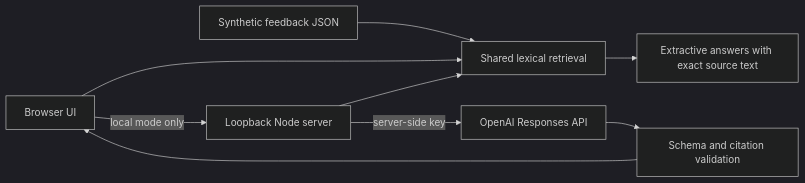
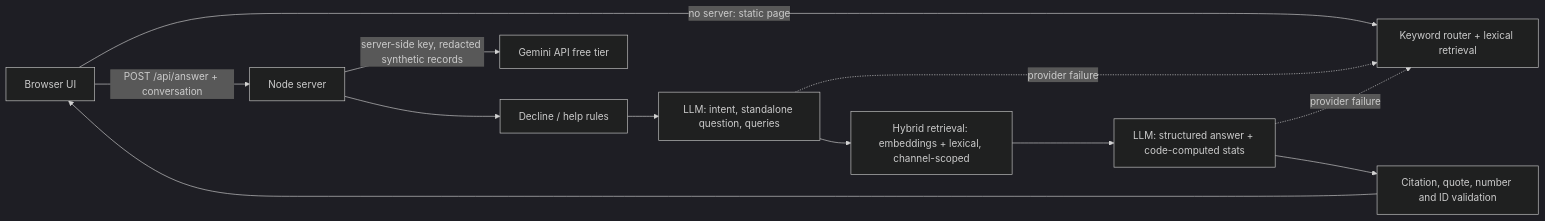
Before and after one commit to karan00023/feedback-lens: the diagram in ARCHITECTURE.md, drawn with Mermaid (dark theme). The commit also changed other lines of this file and 25 other files, not shown here.

````diff
--- a/ARCHITECTURE.md
+++ b/ARCHITECTURE.md
@@ -3,11 +3,14 @@
 ```mermaid
 flowchart LR
-  Corpus[Synthetic feedback JSON] --> Engine[Shared lexical retrieval]
-  Browser[Browser UI] --> Engine
-  Engine --> Extract[Extractive answers with exact source text]
-  Browser -->|local mode only| Server[Loopback Node server]
-  Server --> Engine
-  Server -->|server-side key| API[OpenAI Responses API]
-  API --> Validate[Schema and citation validation]
+  Browser[Browser UI] -->|no server: static page| Router[Keyword router + lexical retrieval]
+  Browser -->|POST /api/answer + conversation| Server[Node server]
+  Server --> Guard[Decline / help rules]
+  Guard --> Understand[LLM: intent, standalone question, queries]
+  Understand --> Retrieve[Hybrid retrieval: embeddings + lexical, channel-scoped]
+  Retrieve --> Generate[LLM: structured answer + code-computed stats]
+  Generate --> Validate[Citation, quote, number and ID validation]
   Validate --> Browser
+  Understand -. provider failure .-> Router
+  Generate -. provider failure .-> Router
+  Server -->|server-side key, redacted synthetic records| Gemini[Gemini API free tier]
 ```
````
